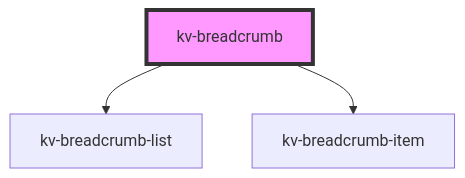
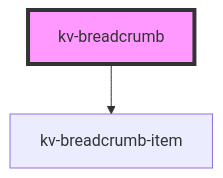
Before and after one commit to kelvininc/ui-components: the diagram in packages/ui-components/src/components/breadcrumb/readme.md, drawn with Mermaid. The commit also changed other lines of this file and 20 other files, not shown here.

````diff
--- a/packages/ui-components/src/components/breadcrumb/readme.md
+++ b/packages/ui-components/src/components/breadcrumb/readme.md
@@ -131,6 +144,5 @@
 ```mermaid
 graph TD;
-  kv-breadcrumb --> kv-breadcrumb-list
   kv-breadcrumb --> kv-breadcrumb-item
   style kv-breadcrumb fill:#f9f,stroke:#333,stroke-width:4px
 ```
````
